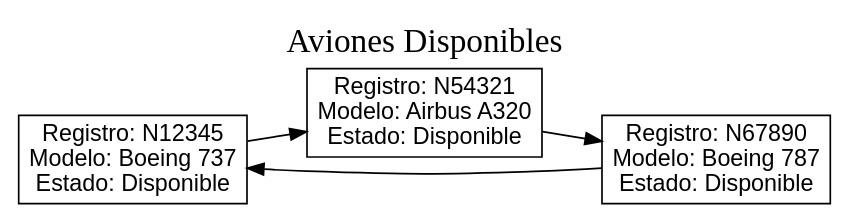
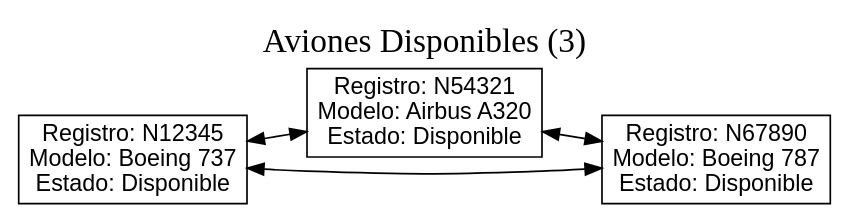
Before and after one commit to natstyles/202400111_EDD_Proyecto: the diagram in src/aviones_disponibles.dot, drawn with Graphviz. The commit also changed 8 other files, not shown here.

First line of the commit message:
[FIX] Visualización de reporte graphviz

```diff
--- a/src/aviones_disponibles.dot
+++ b/src/aviones_disponibles.dot
@@ -1,13 +1,13 @@
 digraph G {
 rankdir=LR;
 labelloc="t";
-label="Aviones Disponibles";
+label="Aviones Disponibles (3)";
 fontsize=20;
 node [shape=box, fontname="Arial"];
-"Registro: N12345\nModelo: Boeing 737\nEstado: Disponible";
-"Registro: N12345\nModelo: Boeing 737\nEstado: Disponible" -> "Registro: N54321\nModelo: Airbus A320\nEstado: Disponible";
-"Registro: N54321\nModelo: Airbus A320\nEstado: Disponible";
-"Registro: N54321\nModelo: Airbus A320\nEstado: Disponible" -> "Registro: N67890\nModelo: Boeing 787\nEstado: Disponible";
-"Registro: N67890\nModelo: Boeing 787\nEstado: Disponible";
-"Registro: N67890\nModelo: Boeing 787\nEstado: Disponible" -> "Registro: N12345\nModelo: Boeing 737\nEstado: Disponible";
+n0 [label="Registro: N12345\nModelo: Boeing 737\nEstado: Disponible"];
+n1 [label="Registro: N54321\nModelo: Airbus A320\nEstado: Disponible"];
+n2 [label="Registro: N67890\nModelo: Boeing 787\nEstado: Disponible"];
+n0 -> n1 [dir=both];
+n1 -> n2 [dir=both];
+n2 -> n0 [dir=both];
 }
```
